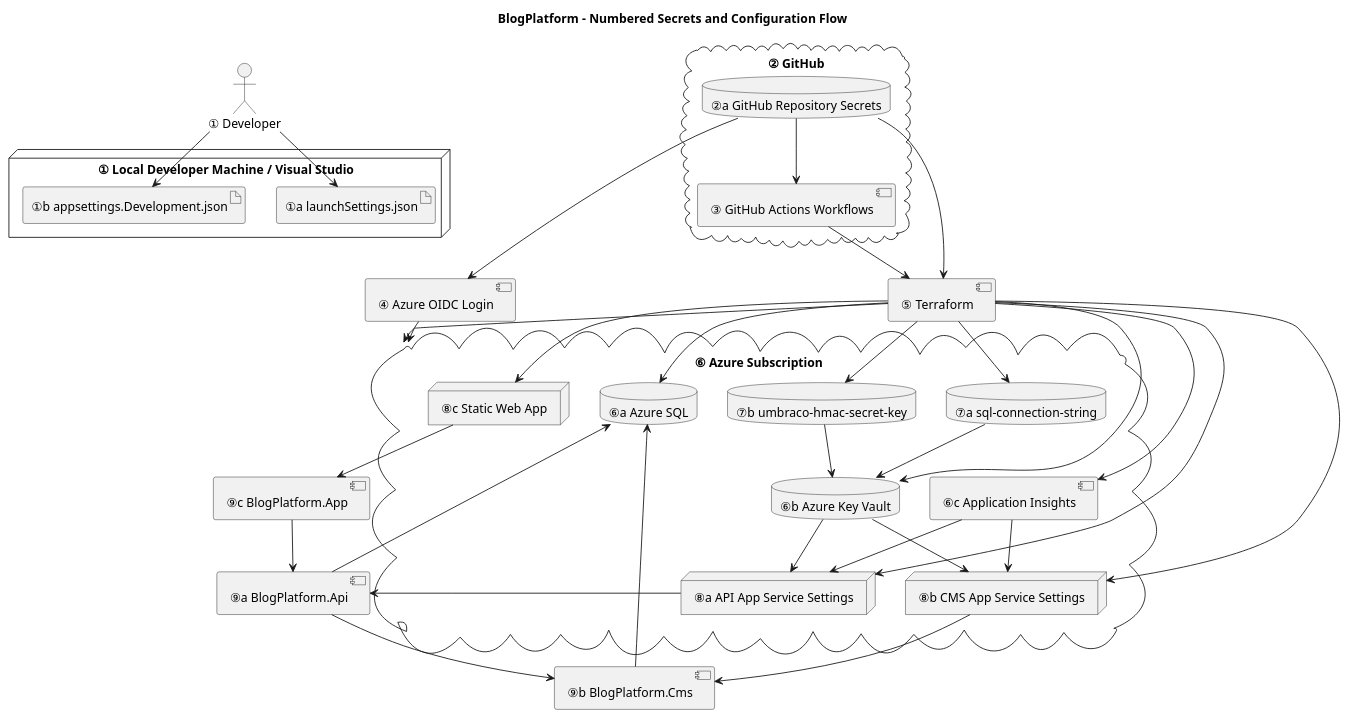
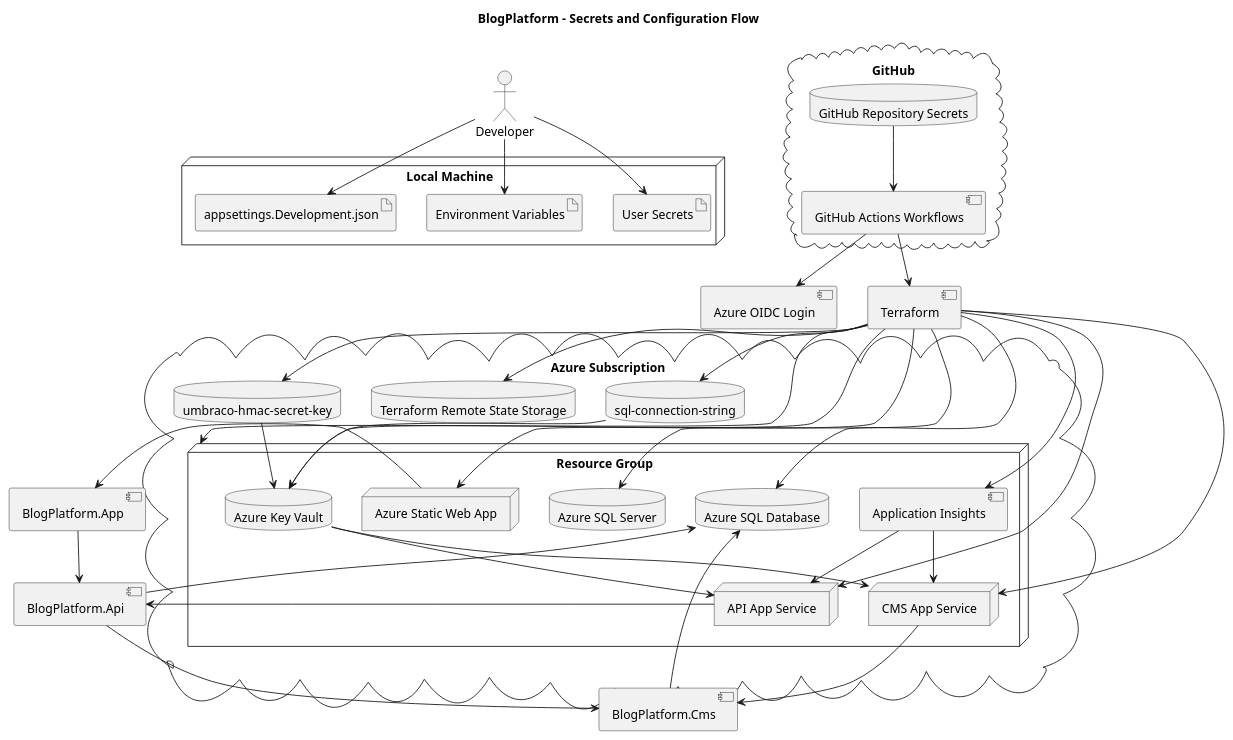
One commit to michalantolik/zone55-platform changed the diagram in docs/secrets-and-configuration.md. Above: the diagram before and after it, drawn with PlantUML. The commit also changed other lines of this file and 6 other files, not shown here.

````diff
--- a/docs/secrets-and-configuration.md
+++ b/docs/secrets-and-configuration.md
@@ -40,82 +52,80 @@
 ```plantuml
 @startuml
-title BlogPlatform - Numbered Secrets and Configuration Flow
+title BlogPlatform - Secrets and Configuration Flow
 
-actor "① Developer" as Developer
+actor "Developer" as Developer
 
-node "① Local Developer Machine / Visual Studio" as Local {
-  artifact "①a launchSettings.json" as Launch
-  artifact "①b appsettings.Development.json" as DevSettings
+node "Local Machine" as Local {
+  artifact "appsettings.Development.json" as DevSettings
+  artifact "User Secrets" as UserSecrets
+  artifact "Environment Variables" as LocalEnv
 }
 
-cloud "② GitHub" as GitHub {
-  database "②a GitHub Repository Secrets" as GHSecrets
-  component "③ GitHub Actions Workflows" as Actions
+cloud "GitHub" as GitHub {
+  database "GitHub Repository Secrets" as GHSecrets
+  component "GitHub Actions Workflows" as Actions
 }
 
-component "④ Azure OIDC Login" as AzureLogin
+component "Azure OIDC Login" as AzureLogin
+component "Terraform" as Terraform
 
-component "⑤ Terraform" as TF
+cloud "Azure Subscription" as Azure {
+  database "Terraform Remote State Storage" as RemoteState
 
-cloud "⑥ Azure Subscription" as Azure {
-  database "⑥a Azure SQL" as SQL
-  database "⑥b Azure Key Vault" as KV
-  component "⑥c Application Insights" as AI
+  node "Resource Group" as RG {
+    database "Azure SQL Server" as SqlServer
+    database "Azure SQL Database" as SqlDb
+    database "Azure Key Vault" as KeyVault
+    component "Application Insights" as AppInsights
+    node "API App Service" as ApiApp
+    node "CMS App Service" as CmsApp
+    node "Azure Static Web App" as StaticApp
+  }
 
-  database "⑦a sql-connection-string" as KVSecretSql
-  database "⑦b umbraco-hmac-secret-key" as KVSecretHmac
-
-  node "⑧a API App Service Settings" as ApiApp
-  node "⑧b CMS App Service Settings" as CmsApp
-  node "⑧c Static Web App" as StaticApp
+  database "sql-connection-string" as SqlSecret
+  database "umbraco-hmac-secret-key" as HmacSecret
 }
 
-component "⑨a BlogPlatform.Api" as ApiRuntime
-component "⑨b BlogPlatform.Cms" as CmsRuntime
-component "⑨c BlogPlatform.App" as BlazorRuntime
+component "BlogPlatform.Api" as ApiRuntime
+component "BlogPlatform.Cms" as CmsRuntime
+component "BlogPlatform.App" as AppRuntime
 
-Developer --> Launch
 Developer --> DevSettings
+Developer --> UserSecrets
+Developer --> LocalEnv
 
 GHSecrets --> Actions
-GHSecrets --> AzureLogin
+Actions --> AzureLogin
+Actions --> Terraform
+Terraform --> RemoteState
+Terraform --> RG
 
-AzureLogin --> Azure
+Terraform --> SqlServer
+Terraform --> SqlDb
+Terraform --> KeyVault
+Terraform --> AppInsights
+Terraform --> ApiApp
+Terraform --> CmsApp
+Terraform --> StaticApp
 
-Actions --> TF
+Terraform --> SqlSecret
+Terraform --> HmacSecret
+SqlSecret --> KeyVault
+HmacSecret --> KeyVault
 
-GHSecrets --> TF
+KeyVault --> ApiApp
+KeyVault --> CmsApp
+AppInsights --> ApiApp
+AppInsights --> CmsApp
 
-TF --> Azure
-TF --> SQL
-TF --> KV
-TF --> AI
-
-TF --> ApiApp
-TF --> CmsApp
-TF --> StaticApp
-
-TF --> KVSecretSql
-TF --> KVSecretHmac
-
-KVSecretSql --> KV
-KVSecretHmac --> KV
-
-KV --> ApiApp
-KV --> CmsApp
-
-AI --> ApiApp
-AI --> CmsApp
-
+StaticApp --> AppRuntime
 ApiApp --> ApiRuntime
 CmsApp --> CmsRuntime
-StaticApp --> BlazorRuntime
 
-BlazorRuntime --> ApiRuntime
+AppRuntime --> ApiRuntime
 ApiRuntime --> CmsRuntime
-
-ApiRuntime --> SQL
-CmsRuntime --> SQL
+ApiRuntime --> SqlDb
+CmsRuntime --> SqlDb
 
 @enduml
 ```
````
